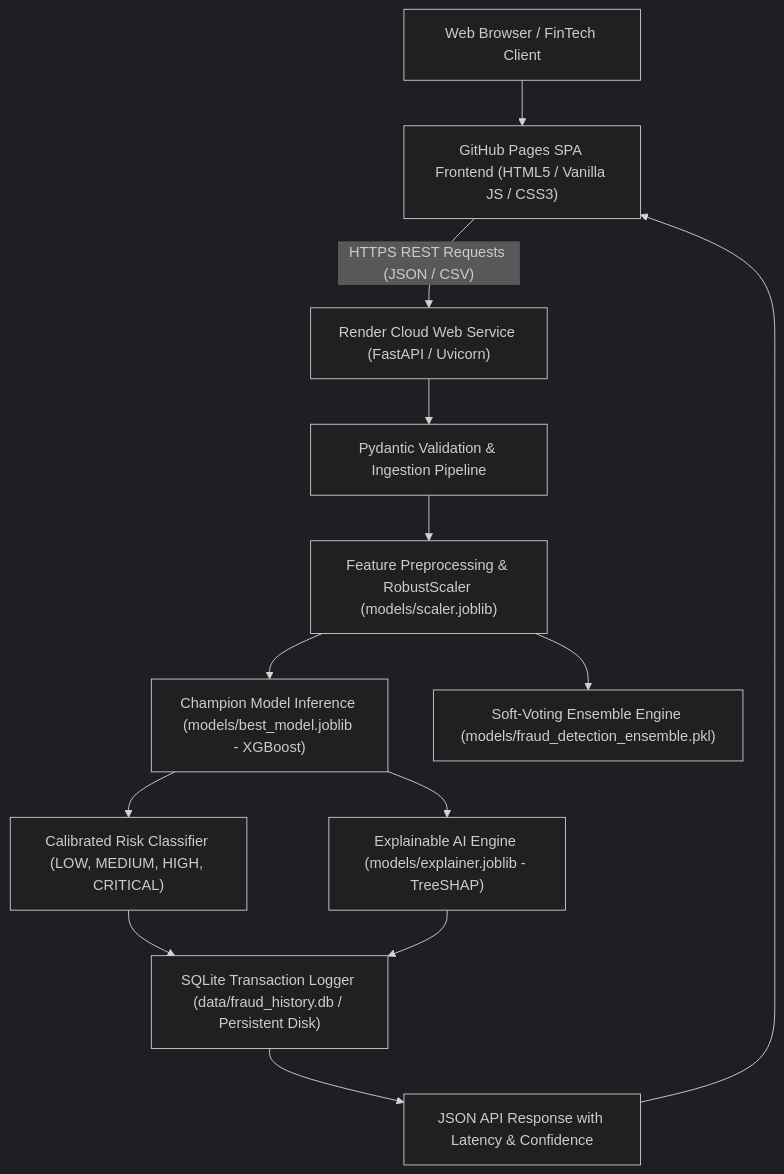
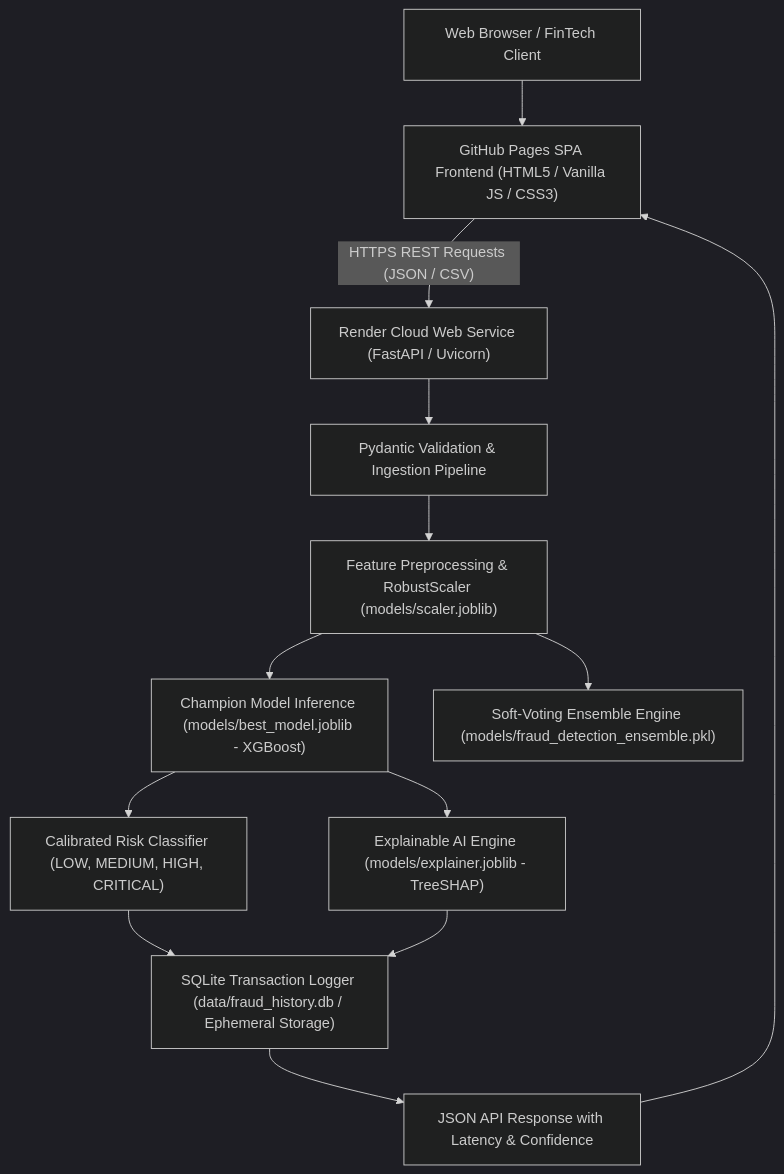
The diagram in README.md (UMARMUKTHAR03/fraud-detection-system), drawn with Mermaid (dark theme) before and after one commit. The commit also changed other lines of this file and 1 other file, not shown here.

Commit message:
fix(deploy): remove persistent disk from render.yaml for Render Free plan and document ephemeral SQLite storage

````diff
--- a/README.md
+++ b/README.md
@@ -87,15 +87,15 @@
 ```mermaid
 graph TD
     A["Web Browser / FinTech Client"] --> B["GitHub Pages SPA Frontend (HTML5 / Vanilla JS / CSS3)"]
     B -- "HTTPS REST Requests (JSON / CSV)" --> C["Render Cloud Web Service (FastAPI / Uvicorn)"]
     C --> D["Pydantic Validation & Ingestion Pipeline"]
     D --> E["Feature Preprocessing & RobustScaler (models/scaler.joblib)"]
     E --> F["Champion Model Inference (models/best_model.joblib - XGBoost)"]
     E --> G["Soft-Voting Ensemble Engine (models/fraud_detection_ensemble.pkl)"]
     F --> H["Calibrated Risk Classifier (LOW, MEDIUM, HIGH, CRITICAL)"]
     F --> I["Explainable AI Engine (models/explainer.joblib - TreeSHAP)"]
-    H --> J["SQLite Transaction Logger (data/fraud_history.db / Persistent Disk)"]
+    H --> J["SQLite Transaction Logger (data/fraud_history.db / Ephemeral Storage)"]
     I --> J
     J --> K["JSON API Response with Latency & Confidence"]
     K --> B
 ```
````
